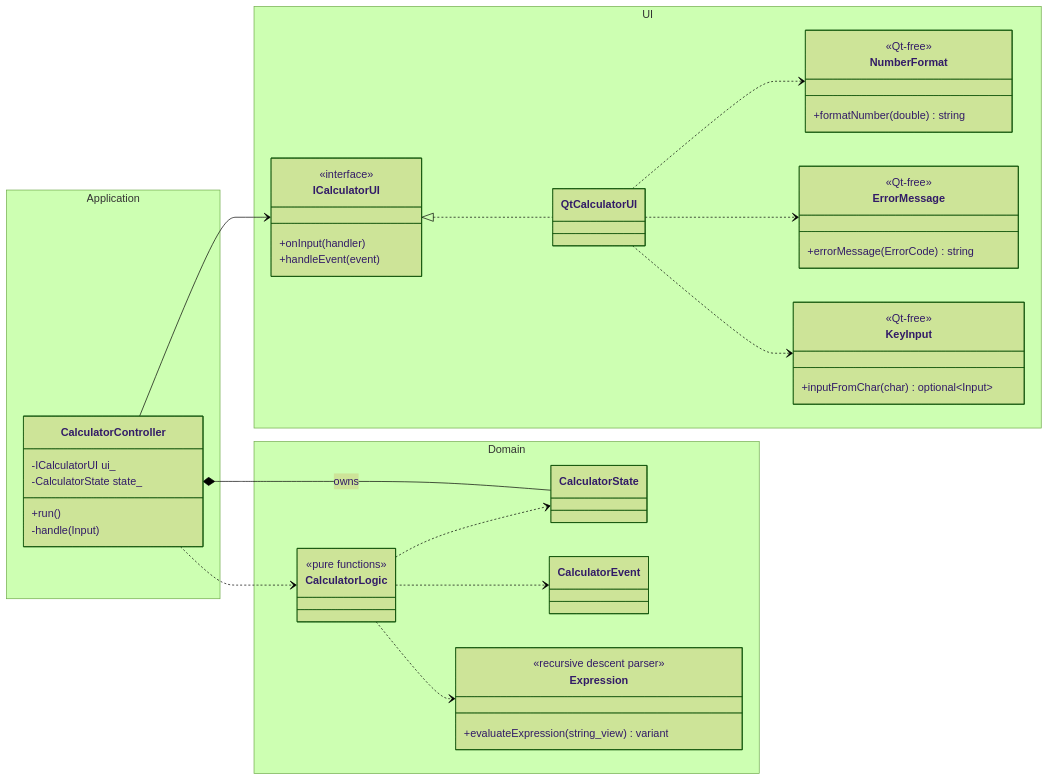
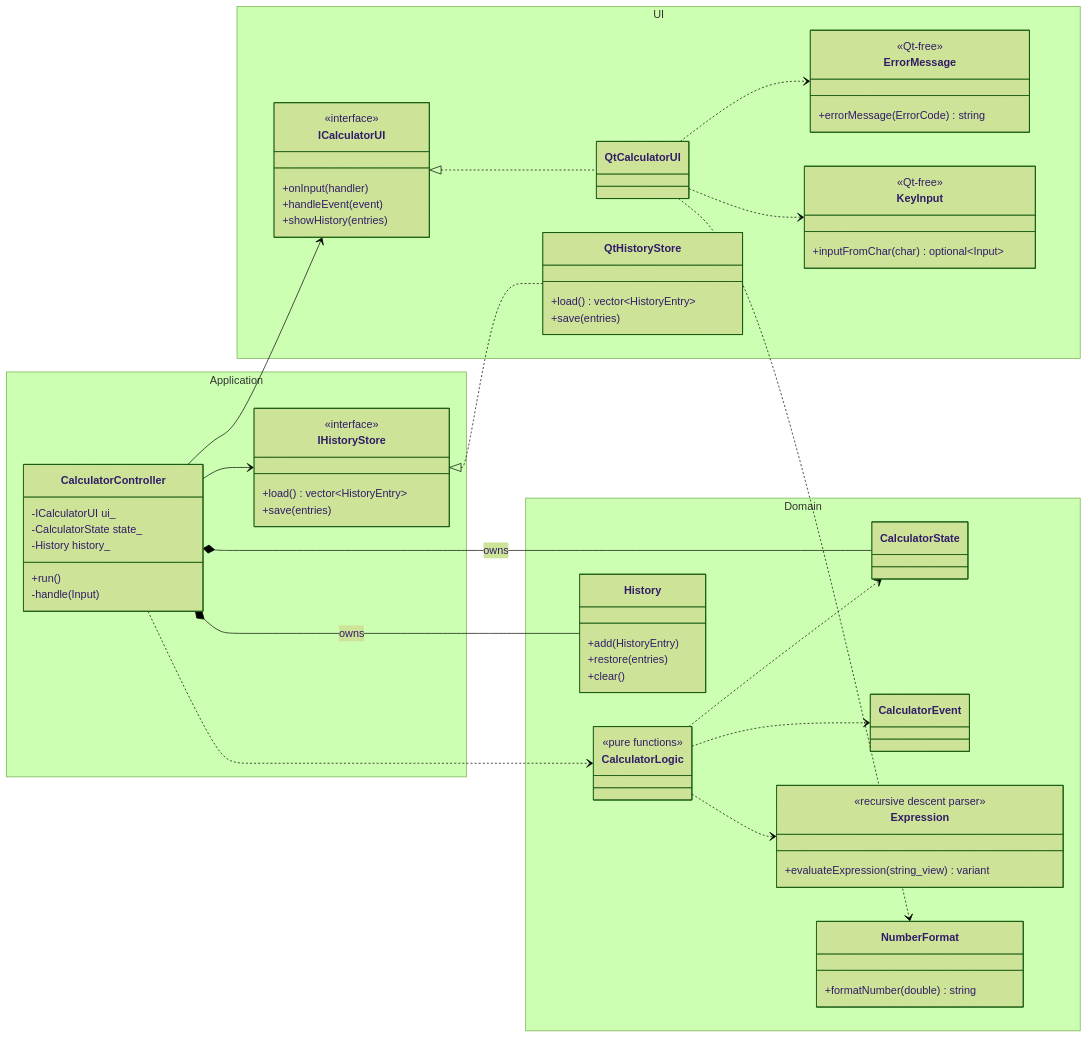
The first of 3 diagrams in README.md (KoichiKurita/CPPlang-Calculator), drawn with Mermaid (forest theme) before and after one commit. The commit also changed other lines of this file and 19 other files, not shown here.

````diff
--- a/README.md
+++ b/README.md
@@ -98,53 +120,71 @@
 ```mermaid
 classDiagram
     direction LR
     namespace UI {
         class ICalculatorUI {
             <<interface>>
             +onInput(handler)
             +handleEvent(event)
+            +showHistory(entries)
         }
         class QtCalculatorUI
-        class NumberFormat {
-            <<Qt-free>>
-            +formatNumber(double) string
+        class QtHistoryStore {
+            +load() vector~HistoryEntry~
+            +save(entries)
         }
         class ErrorMessage {
             <<Qt-free>>
             +errorMessage(ErrorCode) string
         }
         class KeyInput {
             <<Qt-free>>
             +inputFromChar(char) optional~Input~
         }
     }
     namespace Application {
         class CalculatorController {
             -ICalculatorUI ui_
             -CalculatorState state_
+            -History history_
             +run()
             -handle(Input)
+        }
+        class IHistoryStore {
+            <<interface>>
+            +load() vector~HistoryEntry~
+            +save(entries)
         }
     }
     namespace Domain {
         class CalculatorLogic {
             <<pure functions>>
         }
         class CalculatorState
         class CalculatorEvent
         class Expression {
             <<recursive descent parser>>
             +evaluateExpression(string_view) variant
         }
+        class History {
+            +add(HistoryEntry)
+            +restore(entries)
+            +clear()
+        }
+        class NumberFormat {
+            +formatNumber(double) string
+        }
     }
     ICalculatorUI <|.. QtCalculatorUI
     QtCalculatorUI ..> NumberFormat
     QtCalculatorUI ..> ErrorMessage
     QtCalculatorUI ..> KeyInput
     CalculatorController --> ICalculatorUI
     CalculatorController *-- CalculatorState : owns
+    CalculatorController *-- History : owns
+    CalculatorController --> IHistoryStore
+    IHistoryStore <|.. QtHistoryStore
     CalculatorController ..> CalculatorLogic
     CalculatorLogic ..> CalculatorState
     CalculatorLogic ..> CalculatorEvent
     CalculatorLogic ..> Expression
 ```
````
